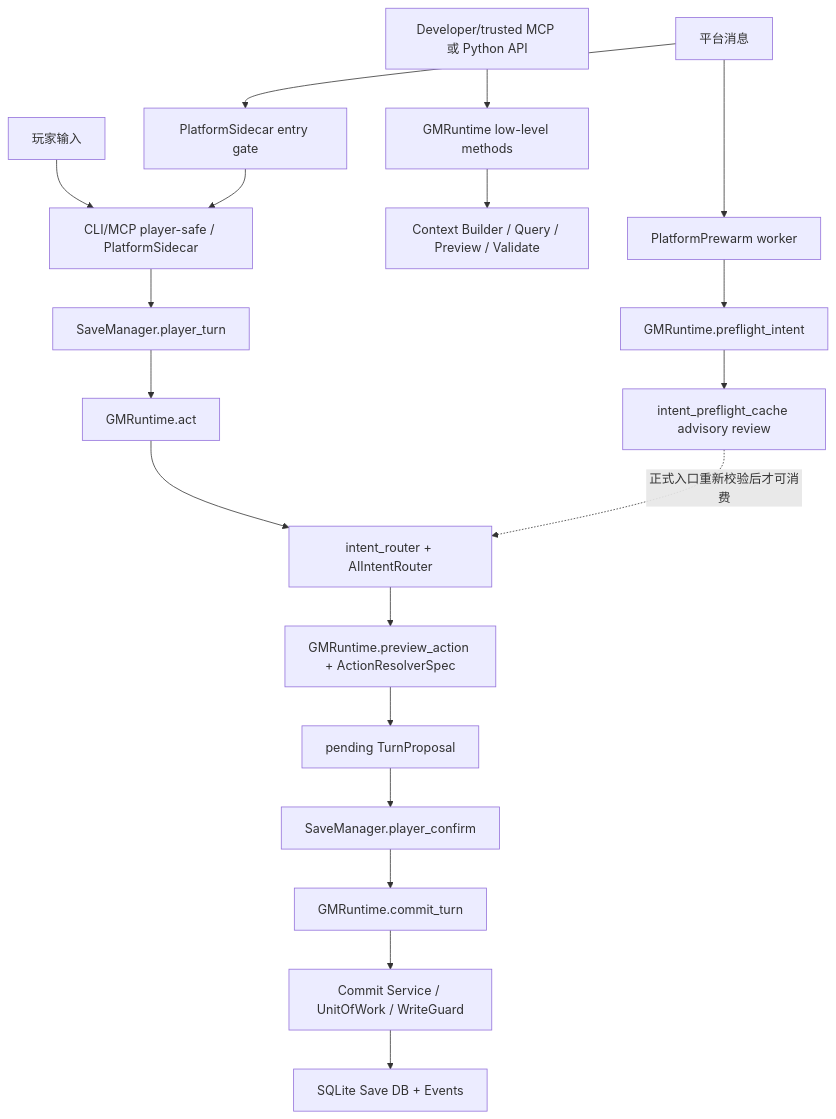
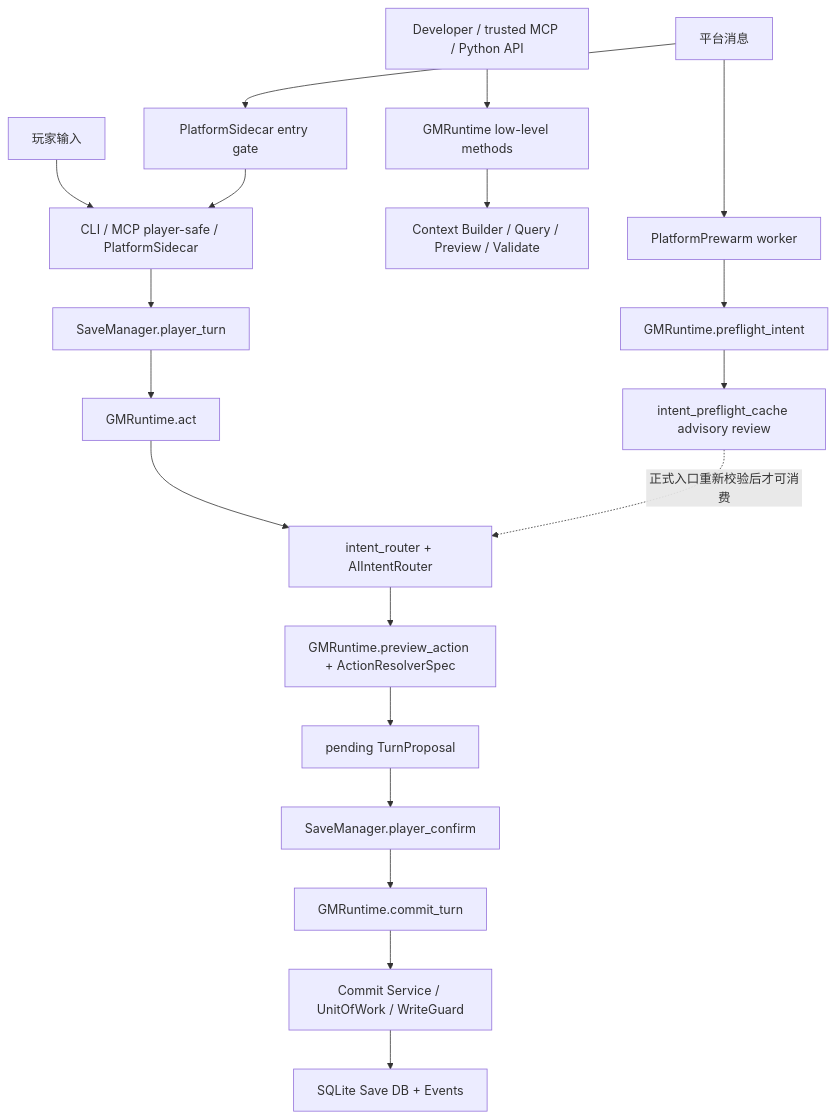
One commit to 0662x/rpg-engine changed the diagram in _bmad-output/architecture.md. Above: the diagram before and after it, drawn with Mermaid. The commit also changed other lines of this file and 11 other files, not shown here.

````diff
--- a/_bmad-output/architecture.md
+++ b/_bmad-output/architecture.md
@@ -11,24 +39,24 @@
 ```mermaid
 flowchart TD
-  Player["玩家输入"] --> PlayerEntry["CLI/MCP player-safe / PlatformSidecar"]
+  Player["玩家输入"] --> PlayerEntry["CLI / MCP player-safe / PlatformSidecar"]
   PlayerEntry --> SaveManager["SaveManager.player_turn"]
   SaveManager --> Act["GMRuntime.act"]
   Act --> Intent["intent_router + AIIntentRouter"]
   Intent --> PreviewAction["GMRuntime.preview_action + ActionResolverSpec"]
   PreviewAction --> Proposal["pending TurnProposal"]
   Proposal --> Confirm["SaveManager.player_confirm"]
   Confirm --> Commit["GMRuntime.commit_turn"]
   Commit --> CommitService["Commit Service / UnitOfWork / WriteGuard"]
   CommitService --> DB["SQLite Save DB + Events"]
 
-  Dev["Developer/trusted MCP 或 Python API"] --> Runtime["GMRuntime low-level methods"]
+  Dev["Developer / trusted MCP / Python API"] --> Runtime["GMRuntime low-level methods"]
   Runtime --> Context["Context Builder / Query / Preview / Validate"]
 
   Platform["平台消息"] --> Sidecar["PlatformSidecar entry gate"]
   Sidecar --> PlayerEntry
 
   Platform --> Prewarm["PlatformPrewarm worker"]
   Prewarm --> Preflight["GMRuntime.preflight_intent"]
   Preflight --> Cache["intent_preflight_cache advisory review"]
   Cache -. "正式入口重新校验后才可消费" .-> Intent
 ```
````
